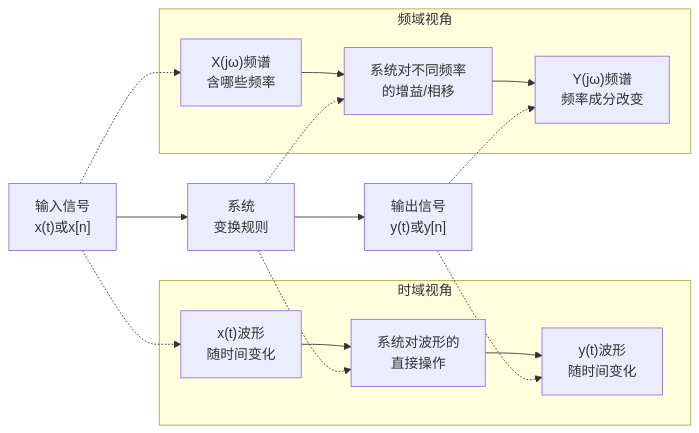
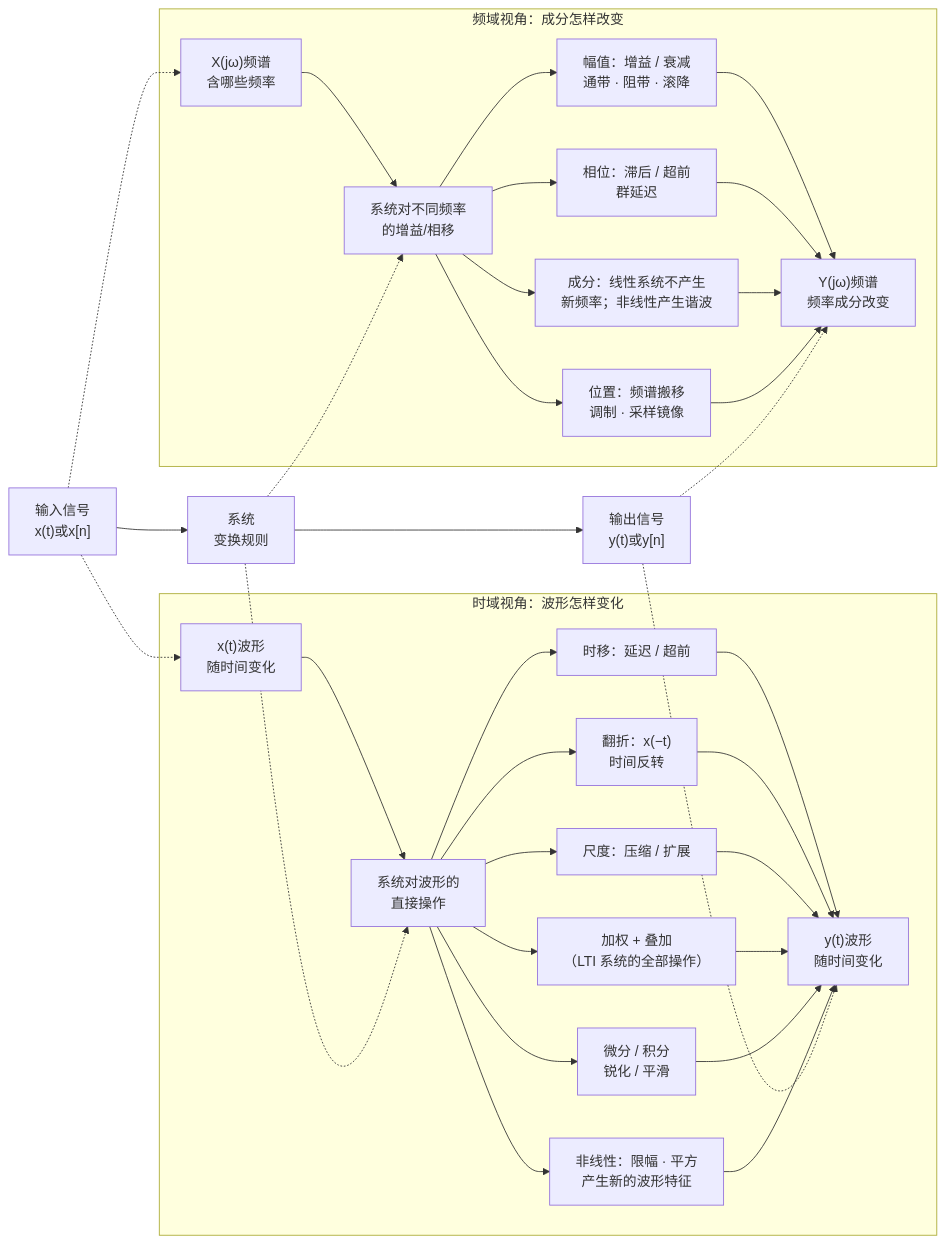
The first of 4 diagrams in 01-Foundations/05-信号与系统/001-信号、系统与LTI基础.md (ccwanggl/EEKnowledgeSpace), drawn with Mermaid before and after one commit. The commit also changed other lines of this file and 7 other files, not shown here.

First line of the commit message:
docs(signals-systems): 统一EQ信号链图参数并补充真实电路实物照

````diff
--- a/01-Foundations/05-信号与系统/001-信号、系统与LTI基础.md
+++ b/01-Foundations/05-信号与系统/001-信号、系统与LTI基础.md
@@ -38,19 +38,39 @@
 ```mermaid
 graph LR
     A["输入信号<br/>x(t)或x[n]"] --> B["系统<br/>变换规则"] --> C["输出信号<br/>y(t)或y[n]"]
 
-    subgraph 时域视角
-        D["x(t)波形<br/>随时间变化"] --> E["系统对波形的<br/>直接操作"] --> F["y(t)波形<br/>随时间变化"]
+    subgraph 时域视角["时域视角：波形怎样变化"]
+        D["x(t)波形<br/>随时间变化"] --> E["系统对波形的<br/>直接操作"]
+        E --> e1["时移：延迟 / 超前"]
+        E --> e2["翻折：x(−t)<br/>时间反转"]
+        E --> e3["尺度：压缩 / 扩展"]
+        E --> e4["加权 + 叠加<br/>（LTI 系统的全部操作）"]
+        E --> e5["微分 / 积分<br/>锐化 / 平滑"]
+        E --> e6["非线性：限幅 · 平方<br/>产生新的波形特征"]
+        e1 --> F["y(t)波形<br/>随时间变化"]
+        e2 --> F
+        e3 --> F
+        e4 --> F
+        e5 --> F
+        e6 --> F
     end
 
-    subgraph 频域视角
-        G["X(jω)频谱<br/>含哪些频率"] --> H["系统对不同频率<br/>的增益/相移"] --> I["Y(jω)频谱<br/>频率成分改变"]
+    subgraph 频域视角["频域视角：成分怎样改变"]
+        G["X(jω)频谱<br/>含哪些频率"] --> H["系统对不同频率<br/>的增益/相移"]
+        H --> h1["幅值：增益 / 衰减<br/>通带 · 阻带 · 滚降"]
+        H --> h2["相位：滞后 / 超前<br/>群延迟"]
+        H --> h3["成分：线性系统不产生<br/>新频率；非线性产生谐波"]
+        H --> h4["位置：频谱搬移<br/>调制 · 采样镜像"]
+        h1 --> I["Y(jω)频谱<br/>频率成分改变"]
+        h2 --> I
+        h3 --> I
+        h4 --> I
     end
 
     A -.-> D
     B -.-> E
     C -.-> F
+    C -.-> I
+    B -.-> H
     A -.-> G
-    B -.-> H
-    C -.-> I
 ```
````
